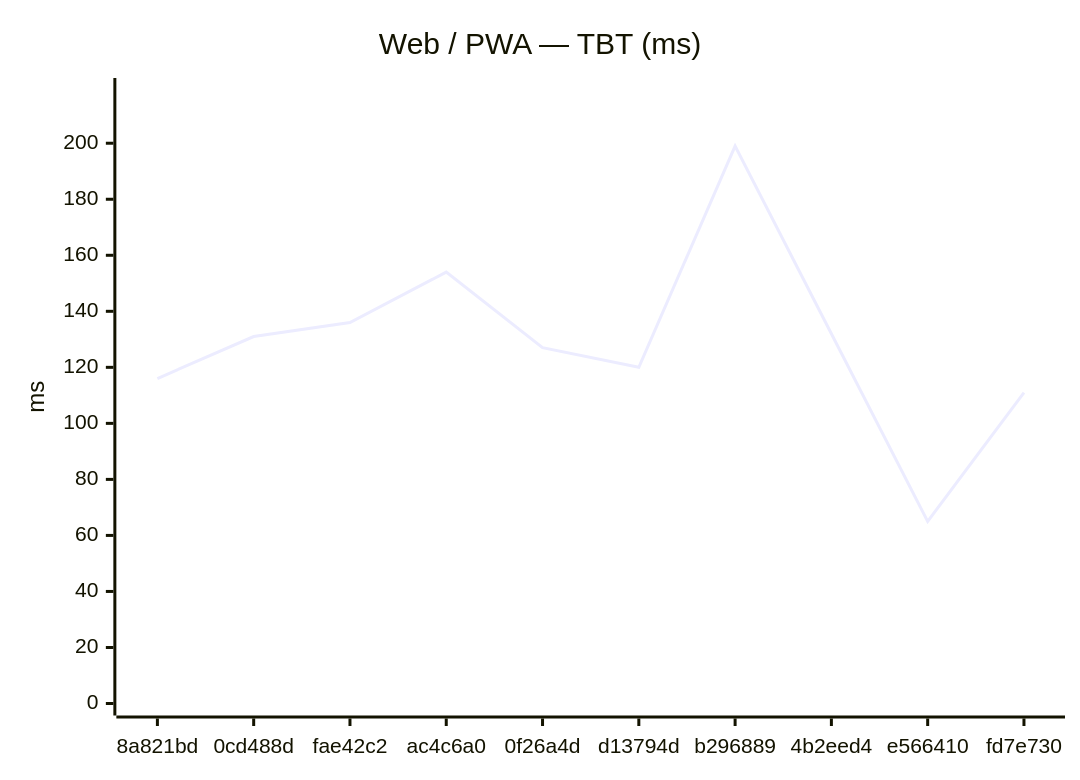
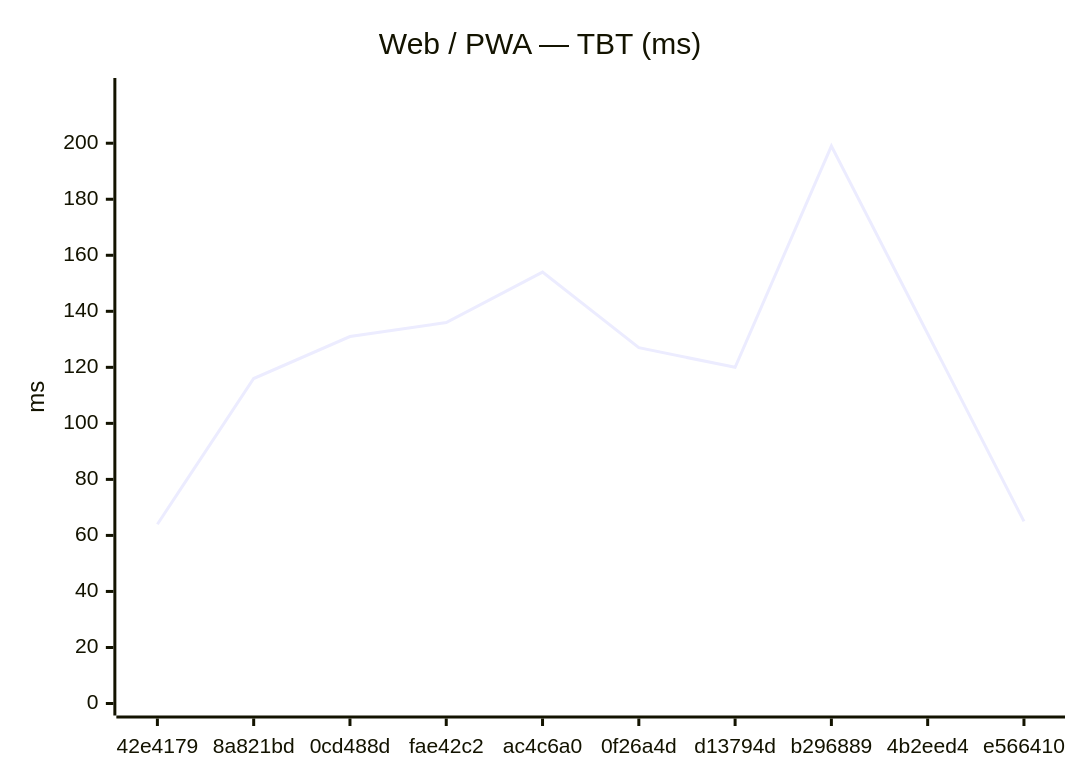
The second of 18 diagrams in benchmarks/compare.md (Metaheurist/Rianell), drawn with Mermaid before and after one commit. The commit also changed other lines of this file and 11 other files, not shown here.

````diff
--- a/benchmarks/compare.md
+++ b/benchmarks/compare.md
@@ -31,7 +31,7 @@
 ```mermaid
 xychart-beta
     title "Web / PWA — TBT (ms)"
-    x-axis ["8a821bd", "0cd488d", "fae42c2", "ac4c6a0", "0f26a4d", "d13794d", "b296889", "4b2eed4", "e566410", "fd7e730"]
+    x-axis ["42e4179", "8a821bd", "0cd488d", "fae42c2", "ac4c6a0", "0f26a4d", "d13794d", "b296889", "4b2eed4", "e566410"]
     y-axis "ms" 0 --> 219
-    line [116, 131, 136, 154, 127, 120, 199, 132, 65, 111]
+    line [64, 116, 131, 136, 154, 127, 120, 199, 132, 65]
 ```
````
